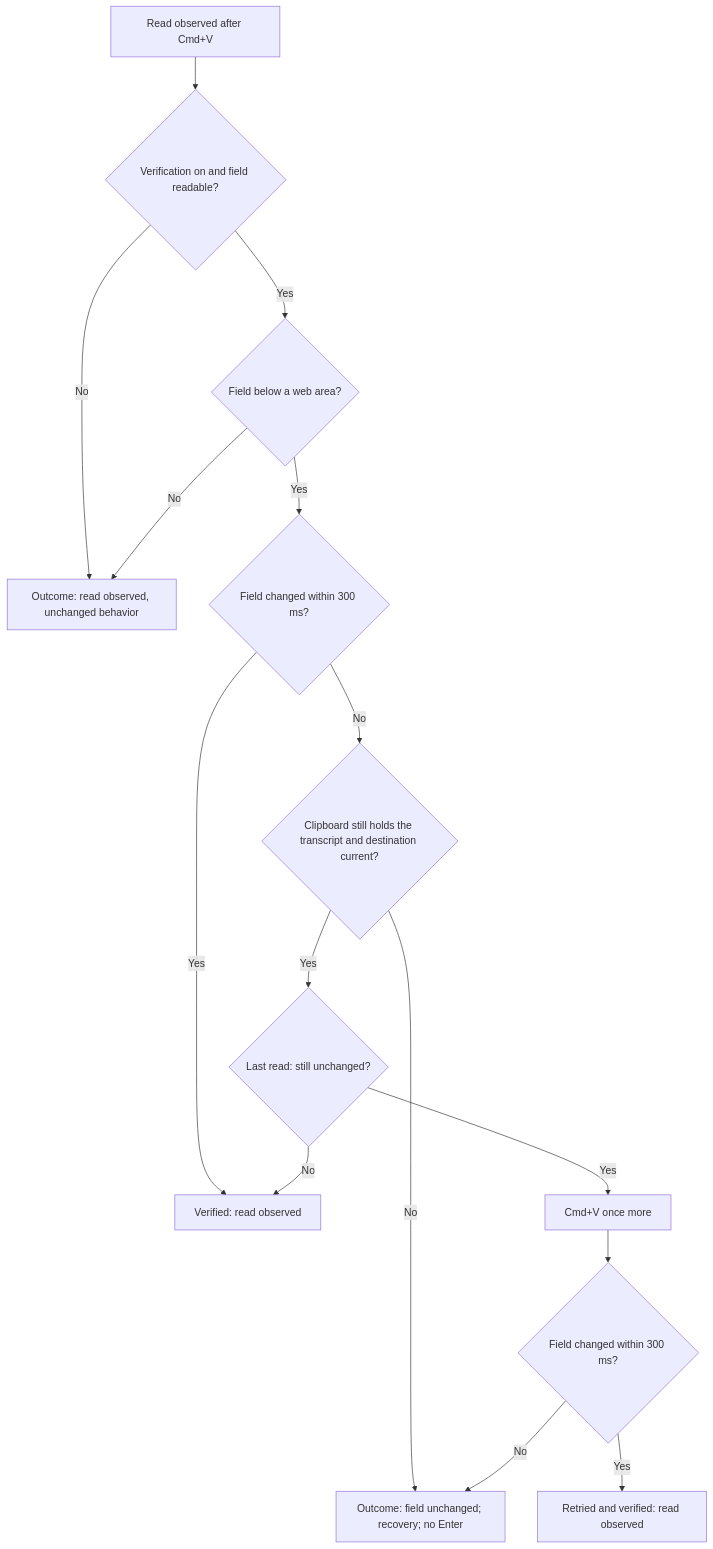
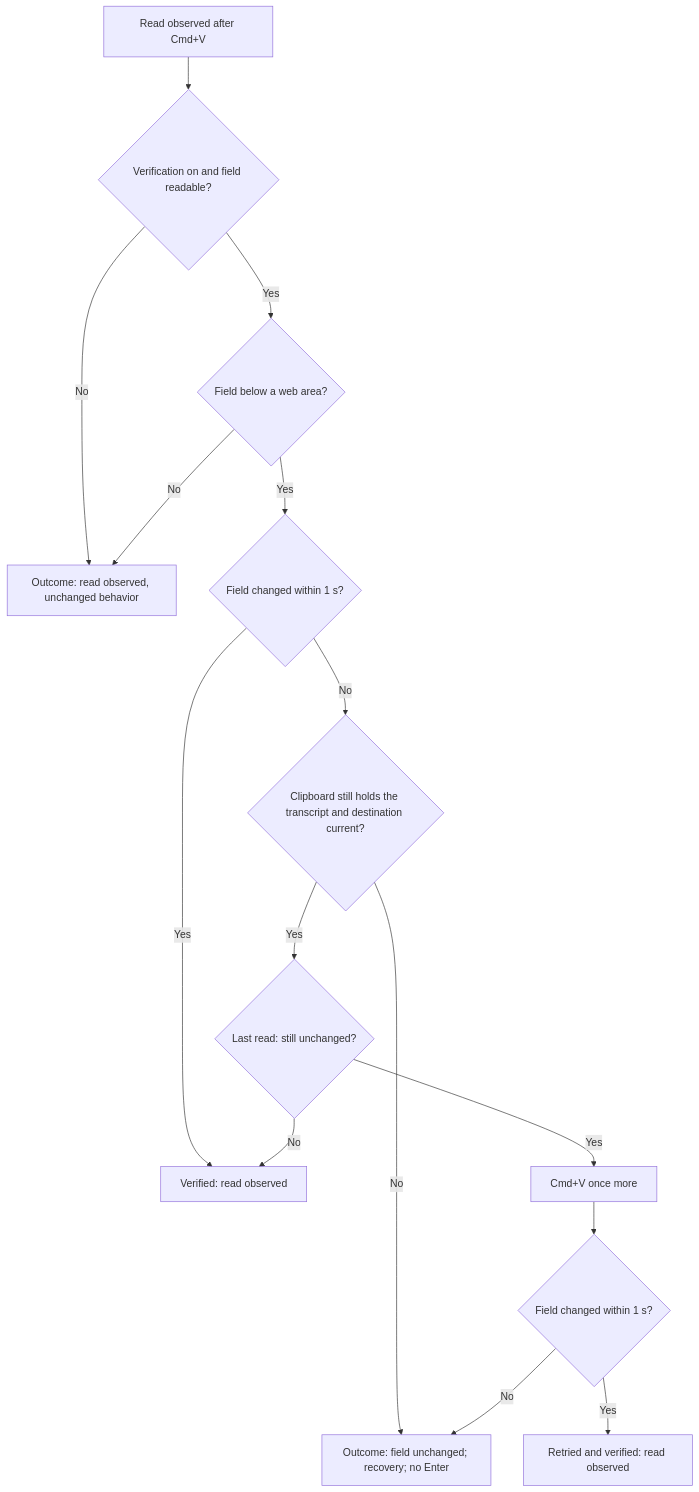
One commit to julien-m/handy changed the seventh of 7 diagrams in .specs/features/007-smart-paste/spec.md. Above: the diagram before and after it, drawn with Mermaid. The commit also changed other lines of this file and 3 other files, not shown here.

````diff
--- a/.specs/features/007-smart-paste/spec.md
+++ b/.specs/features/007-smart-paste/spec.md
@@ -305,17 +305,17 @@
 ```mermaid
 flowchart TD
   A[Read observed after Cmd+V] --> B{Verification on and field readable?}
   B -- No --> C[Outcome: read observed, unchanged behavior]
   B -- Yes --> W{Field below a web area?}
   W -- No --> C
-  W -- Yes --> D{Field changed within 300 ms?}
+  W -- Yes --> D{Field changed within 1 s?}
   D -- Yes --> E[Verified: read observed]
   D -- No --> F{Clipboard still holds the transcript and destination current?}
   F -- No --> G[Outcome: field unchanged; recovery; no Enter]
   F -- Yes --> L{Last read: still unchanged?}
   L -- No --> E
   L -- Yes --> H[Cmd+V once more]
-  H --> I{Field changed within 300 ms?}
+  H --> I{Field changed within 1 s?}
   I -- Yes --> J[Retried and verified: read observed]
   I -- No --> G
 ```
````
